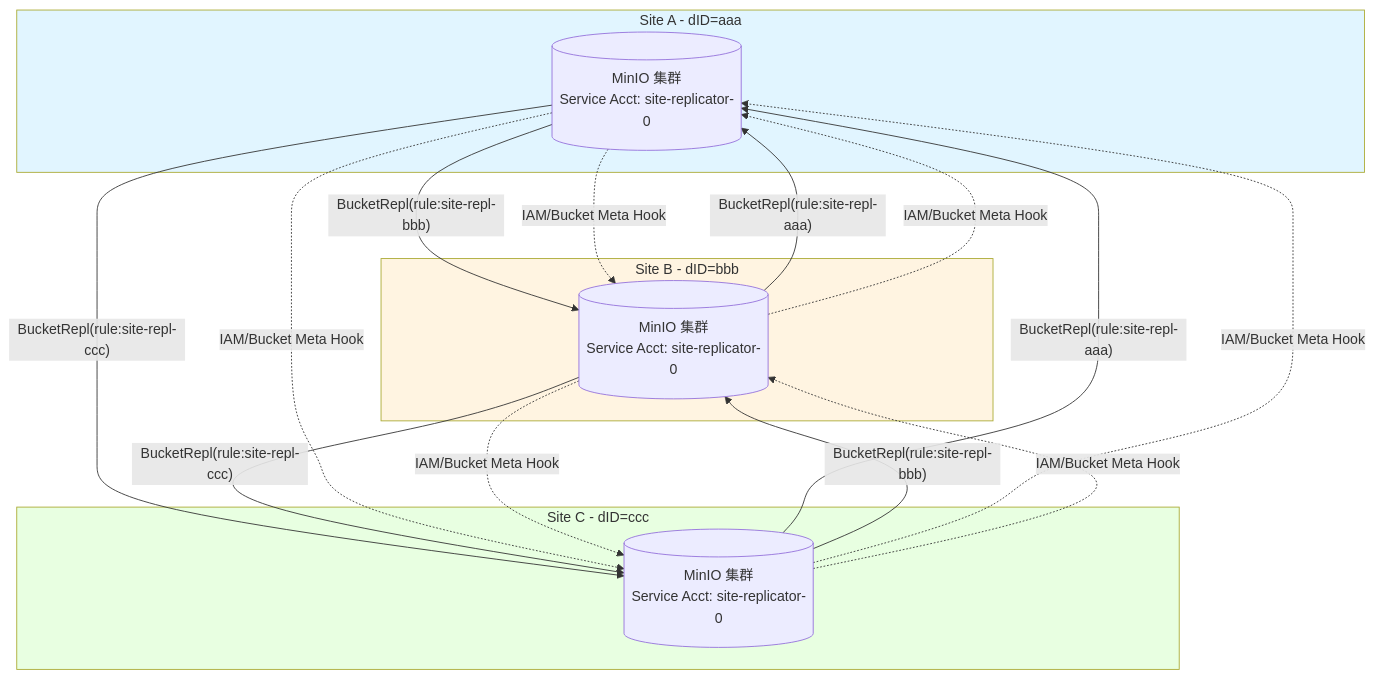
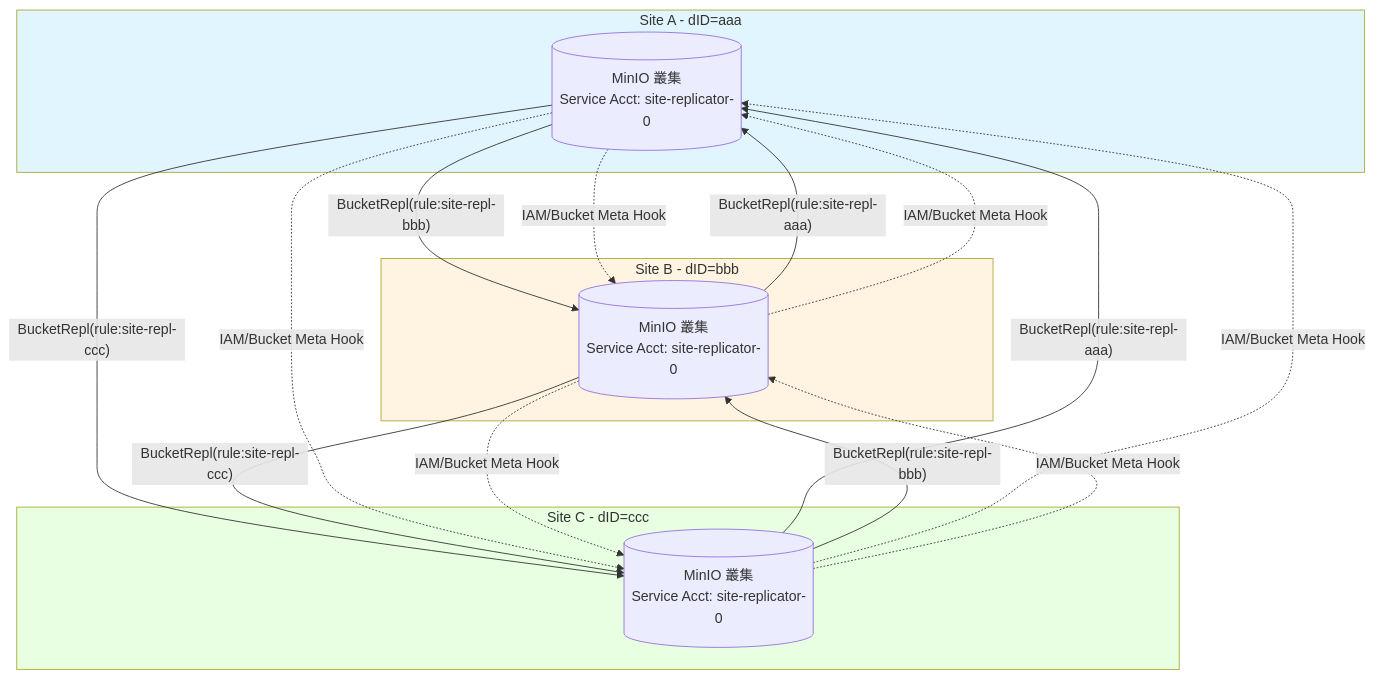
One commit to cysu01/minio changed the fourth of 8 diagrams in repo-analysis/drafts/06-module-replication.md. Above: the diagram before and after it, drawn with Mermaid. The commit also changed other lines of this file and 14 other files, not shown here.

````diff
--- a/repo-analysis/drafts/06-module-replication.md
+++ b/repo-analysis/drafts/06-module-replication.md
@@ -447,30 +447,30 @@
 ```mermaid
 graph TB
     subgraph SiteA[Site A - dID=aaa]
-        A[(MinIO 集群<br/>Service Acct: site-replicator-0)]
+        A[(MinIO 叢集<br/>Service Acct: site-replicator-0)]
     end
     subgraph SiteB[Site B - dID=bbb]
-        B[(MinIO 集群<br/>Service Acct: site-replicator-0)]
+        B[(MinIO 叢集<br/>Service Acct: site-replicator-0)]
     end
     subgraph SiteC[Site C - dID=ccc]
-        C[(MinIO 集群<br/>Service Acct: site-replicator-0)]
+        C[(MinIO 叢集<br/>Service Acct: site-replicator-0)]
     end
     
     A -- "BucketRepl(rule:site-repl-bbb)" --> B
     B -- "BucketRepl(rule:site-repl-aaa)" --> A
     A -- "BucketRepl(rule:site-repl-ccc)" --> C
     C -- "BucketRepl(rule:site-repl-aaa)" --> A
     B -- "BucketRepl(rule:site-repl-ccc)" --> C
     C -- "BucketRepl(rule:site-repl-bbb)" --> B
     
     A -.IAM/Bucket Meta Hook.-> B
     A -.IAM/Bucket Meta Hook.-> C
     B -.IAM/Bucket Meta Hook.-> A
     B -.IAM/Bucket Meta Hook.-> C
     C -.IAM/Bucket Meta Hook.-> A
     C -.IAM/Bucket Meta Hook.-> B
     
     style SiteA fill:#e1f5ff
     style SiteB fill:#fff4e1
     style SiteC fill:#e8ffe1
 ```
````
